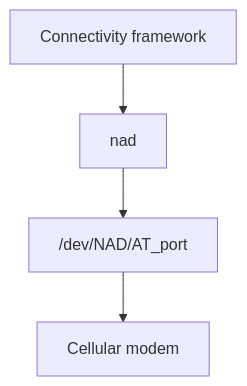
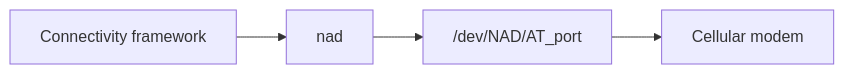
Diagram 18 of 22 in docs/wifi.md (joeyQuery/MHI2-Wireless-CarPlay), drawn with Mermaid before and after one commit. The commit also changed other lines of this file, not shown here.

````diff
--- a/docs/wifi.md
+++ b/docs/wifi.md
@@ -522,11 +579,11 @@
 ```mermaid
-flowchart TB
+flowchart LR
     CONNECTIVITY["Connectivity framework"]
     NAD["nad"]
     AT["/dev/NAD/AT_port"]
     MODEM["Cellular modem"]
 
     CONNECTIVITY --> NAD
     NAD --> AT
     AT --> MODEM
 ```
````
